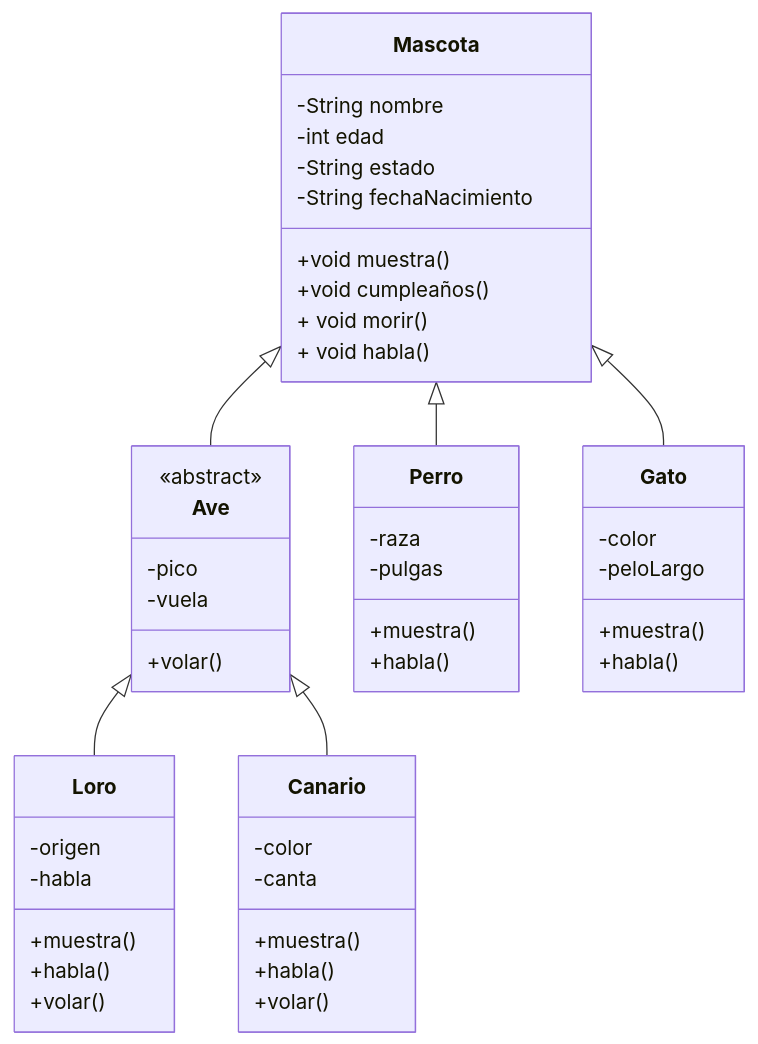
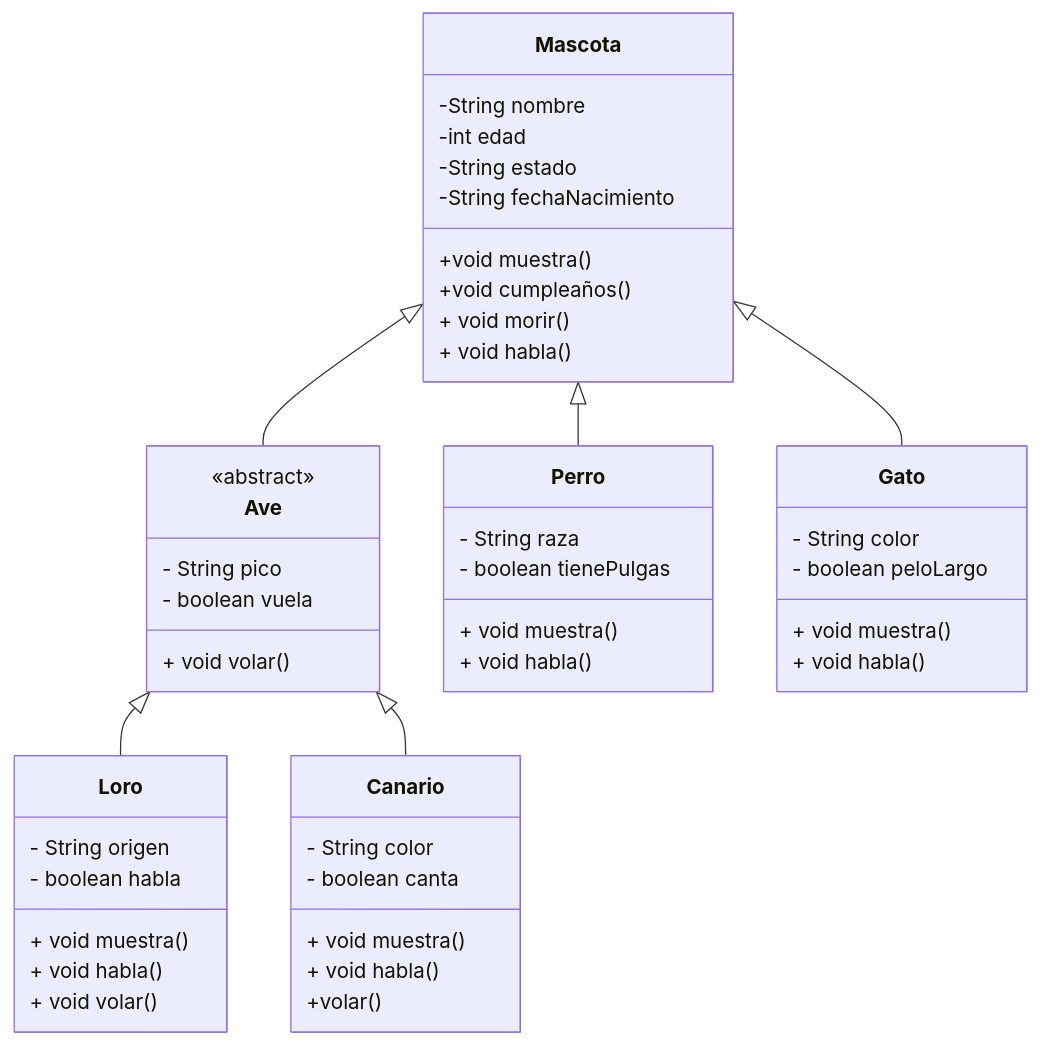
Before and after one commit to martinezpenya/PRG-CFGS-2122: the second of 3 diagrams in UD08/UD08_ejercicios_ES.md, drawn with Mermaid. The commit also changed other lines of this file and 1 other file, not shown here.

Commit message:
revised exercises UD08

````diff
--- a/UD08/UD08_ejercicios_ES.md
+++ b/UD08/UD08_ejercicios_ES.md
@@ -415,51 +415,51 @@
  ```mermaid
   classDiagram
     Mascota <|-- Ave
     Mascota <|-- Perro
     Mascota <|-- Gato
     Ave <|-- Loro
     Ave <|-- Canario
  
     Mascota: -String nombre
     Mascota: -int edad
     Mascota: -String estado
     Mascota: -String fechaNacimiento
     Mascota: +void muestra()
     Mascota: +void cumpleaños()
     Mascota: + void morir()
     Mascota: + void habla()
     
     class Ave{
-      -pico
-      -vuela
-      +volar()
+      - String pico
+      - boolean vuela
+      + void volar()
     }
     <<abstract>> Ave
     
     class Perro{
-     -raza
-     -pulgas
-     +muestra()
-     +habla()
+     - String raza
+     - boolean tienePulgas
+     + void muestra()
+     + void habla()
     }
     class Gato{
-     -color
-     -peloLargo
-     +muestra()
-     +habla()
+     - String color
+     - boolean peloLargo
+     + void muestra()
+     + void habla()
     }
     class Loro{
-     -origen
-     -habla
-     +muestra()
-     +habla()
-     +volar()
+     - String origen
+     - boolean habla
+     + void muestra()
+     + void habla()
+     + void volar()
     }   
     class Canario{
-     -color
-     -canta
-     +muestra()
-     +habla()
+     - String color
+     - boolean canta
+     + void muestra()
+     + void habla()
      +volar()
     }     
  ```
````
